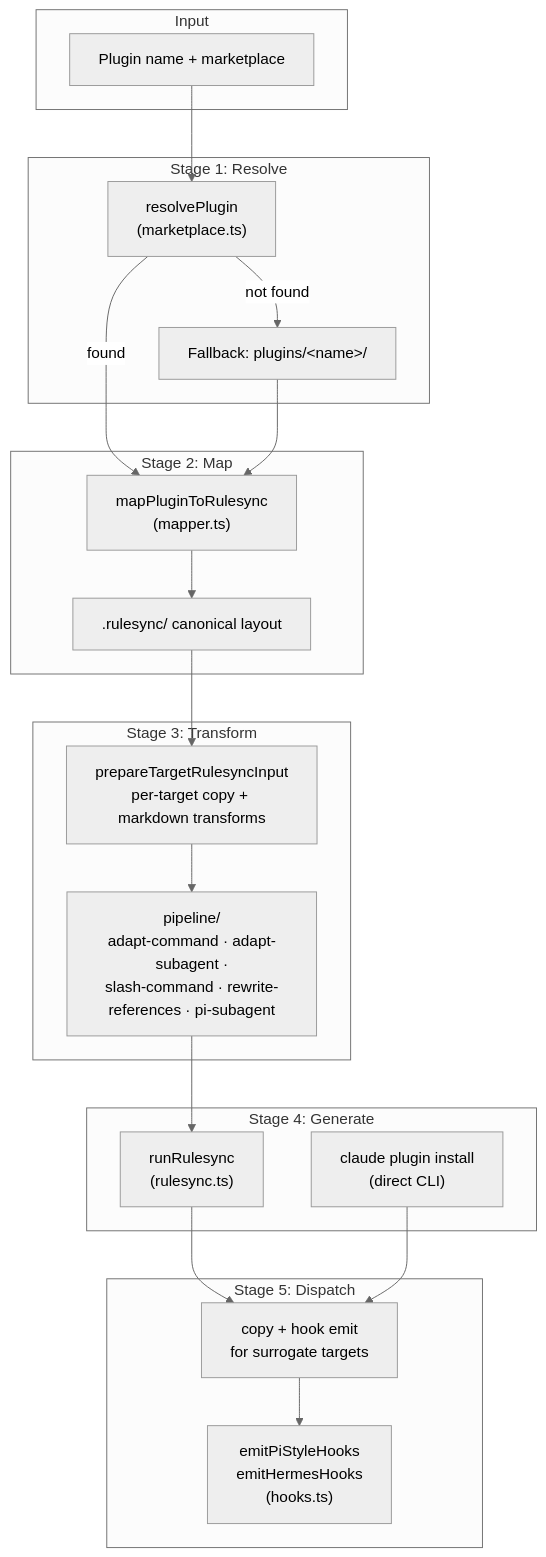
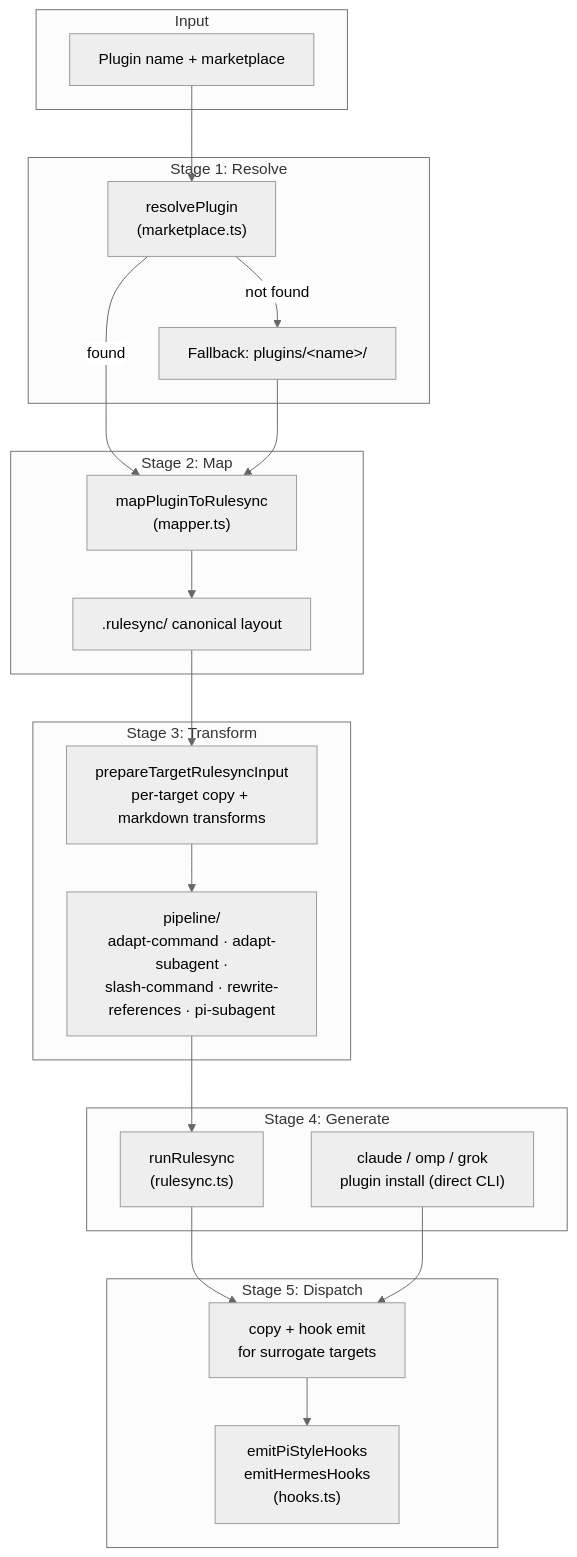
Before and after one commit to gobing-ai/superskill: the first of 4 diagrams in docs/help/cmd_install.md, drawn with Mermaid (neutral theme). The commit also changed other lines of this file and 10 other files, not shown here.

First line of the commit message:
docs(install): correct omp native install path and add grok target entry

````diff
--- a/docs/help/cmd_install.md
+++ b/docs/help/cmd_install.md
@@ -68,43 +69,43 @@
 ```mermaid
 flowchart TD
     subgraph Input
         P["Plugin name + marketplace"]
     end
 
     subgraph "Stage 1: Resolve"
         R["resolvePlugin<br/>(marketplace.ts)"]
         RF["Fallback: plugins/&lt;name&gt;/"]
     end
 
     subgraph "Stage 2: Map"
         M["mapPluginToRulesync<br/>(mapper.ts)"]
         RR[".rulesync/ canonical layout"]
     end
 
     subgraph "Stage 3: Transform"
         T["prepareTargetRulesyncInput<br/>per-target copy + markdown transforms"]
         TT["pipeline/<br/>adapt-command · adapt-subagent ·<br/>slash-command · rewrite-references · pi-subagent"]
     end
 
     subgraph "Stage 4: Generate"
         G["runRulesync<br/>(rulesync.ts)"]
-        CL["claude plugin install<br/>(direct CLI)"]
+    CL["claude / omp / grok<br/>plugin install (direct CLI)"]
     end
 
     subgraph "Stage 5: Dispatch"
         D["copy + hook emit<br/>for surrogate targets"]
         H["emitPiStyleHooks<br/>emitHermesHooks<br/>(hooks.ts)"]
     end
 
     P --> R
     R -->|found| M
     R -->|not found| RF
     RF --> M
     M --> RR
     RR --> T
     T --> TT
     TT --> G
     G --> D
     CL --> D
     D --> H
 ```
````
